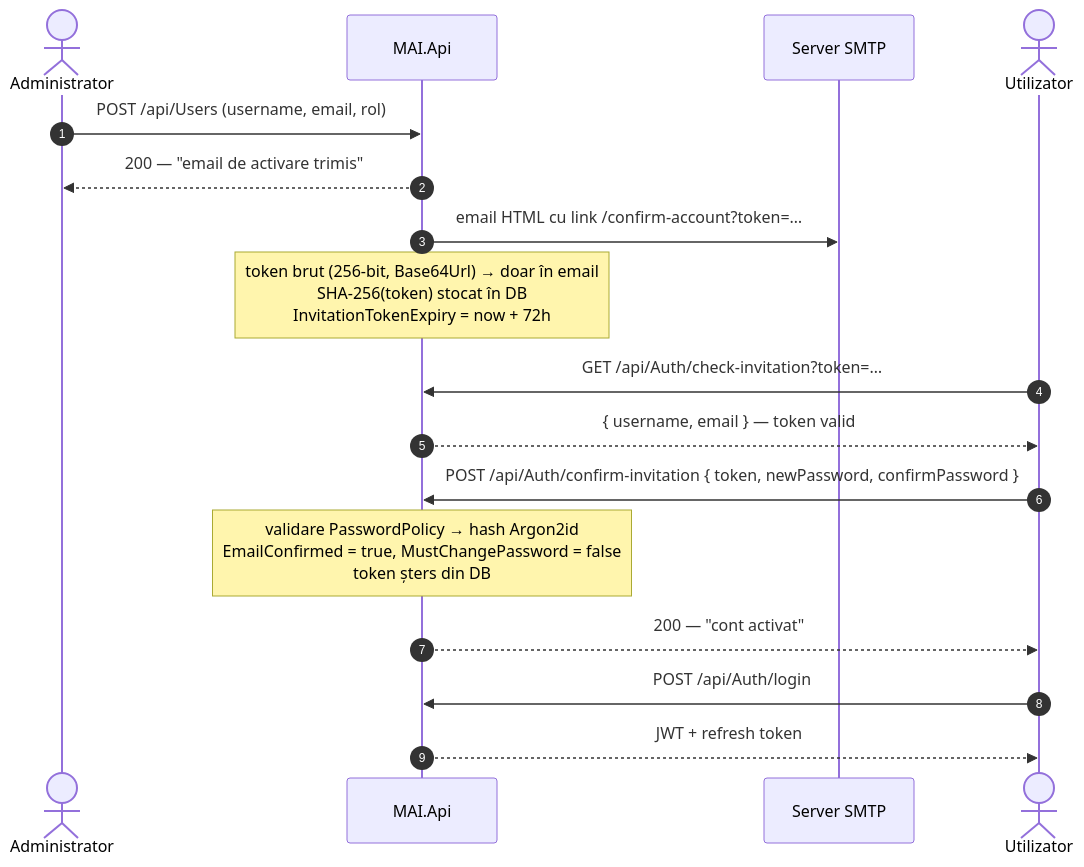
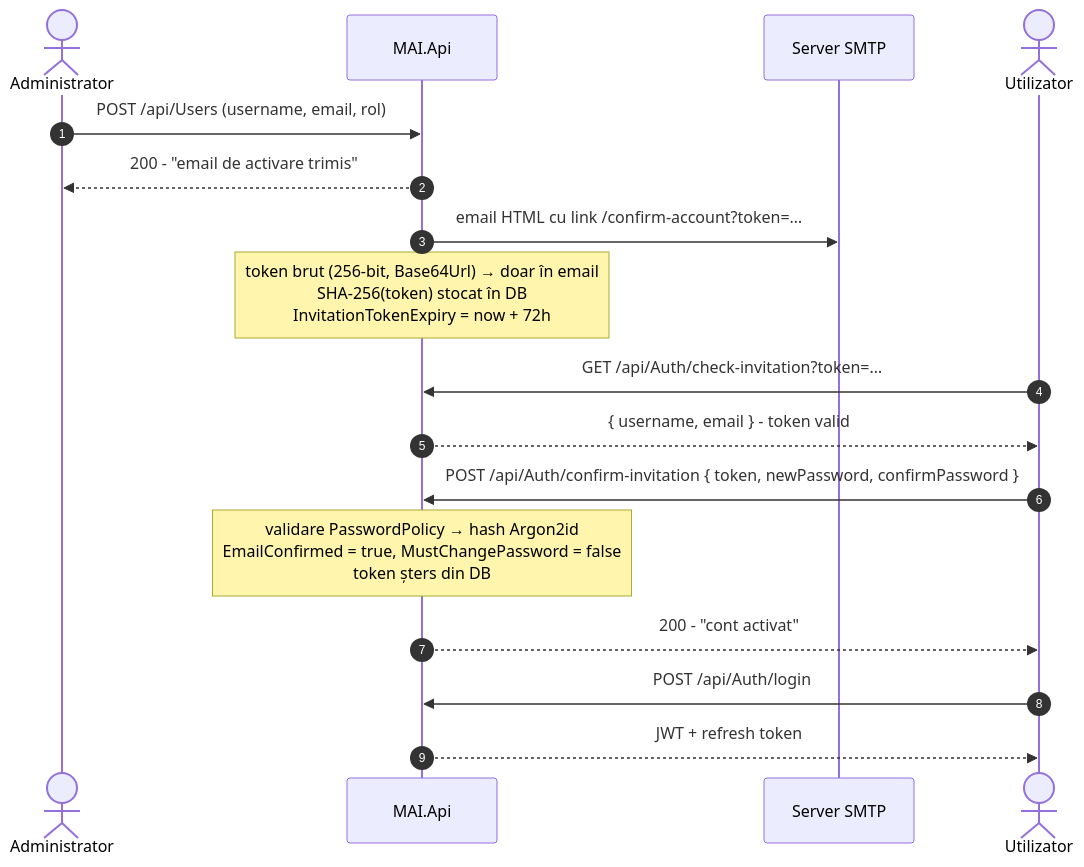
One commit to Danielus-hehe/mai-secure-platform changed the fifth of 5 diagrams in README.md. Above: the diagram before and after it, drawn with Mermaid. The commit also changed other lines of this file and 66 other files, not shown here.

````diff
--- a/README.md
+++ b/README.md
@@ -307,23 +307,23 @@
 ```mermaid
 sequenceDiagram
     autonumber
     actor ADM as Administrator
     participant API as MAI.Api
     participant SMTP as Server SMTP
     actor USR as Utilizator
 
     ADM->>API: POST /api/Users (username, email, rol)
-    API-->>ADM: 200 — "email de activare trimis"
+    API-->>ADM: 200 - "email de activare trimis"
     API->>SMTP: email HTML cu link /confirm-account?token=…
     Note over API: token brut (256-bit, Base64Url) → doar în email<br/>SHA-256(token) stocat în DB<br/>InvitationTokenExpiry = now + 72h
 
     USR->>API: GET /api/Auth/check-invitation?token=…
-    API-->>USR: { username, email } — token valid
+    API-->>USR: { username, email } - token valid
 
     USR->>API: POST /api/Auth/confirm-invitation { token, newPassword, confirmPassword }
     Note over API: validare PasswordPolicy → hash Argon2id<br/>EmailConfirmed = true, MustChangePassword = false<br/>token șters din DB
-    API-->>USR: 200 — "cont activat"
+    API-->>USR: 200 - "cont activat"
 
     USR->>API: POST /api/Auth/login
     API-->>USR: JWT + refresh token
 ```
````
